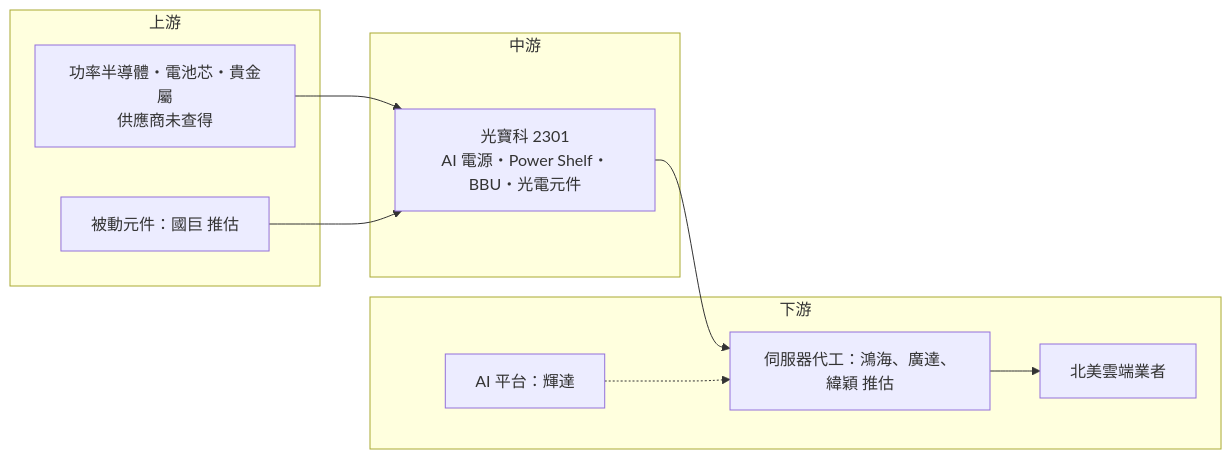
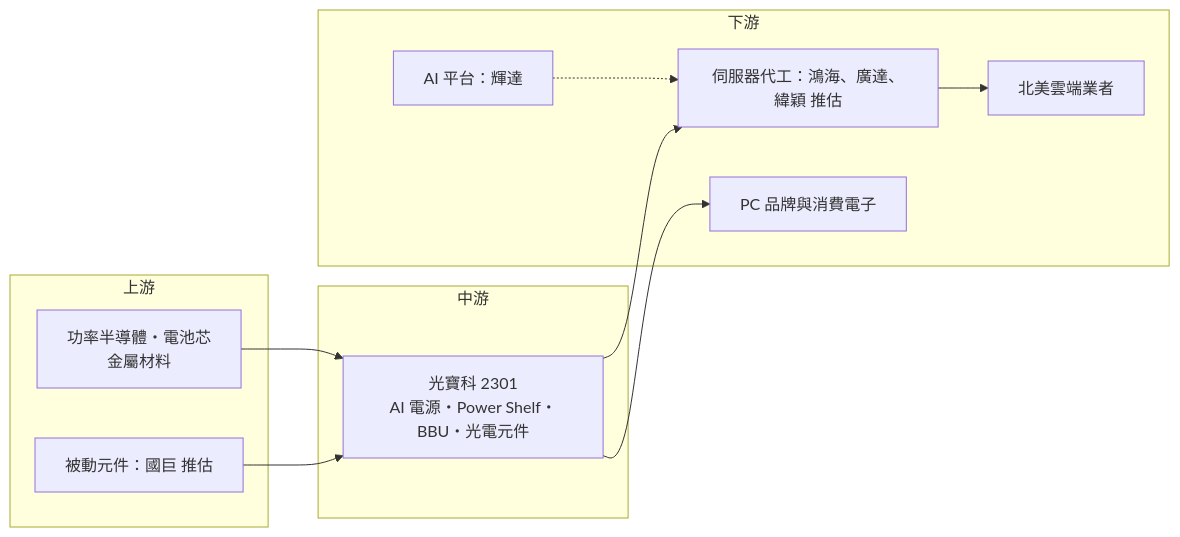
Before and after one commit to wangnick1004/taiwan-stock-vault: the fourth of 4 diagrams in 個股/台股/2301光寶科.md, drawn with Mermaid. The commit also changed other lines of this file and 5 other files, not shown here.

````diff
--- a/個股/台股/2301光寶科.md
+++ b/個股/台股/2301光寶科.md
@@ -208,20 +215,22 @@
 ```mermaid
 flowchart LR
     subgraph 上游
-        A1[功率半導體・電池芯・貴金屬<br/>供應商未查得]
-        A2[被動元件：國巨 推估]
+        A1["功率半導體・電池芯<br/>金屬材料"]
+        A2["被動元件：國巨 推估"]
     end
     subgraph 中游
-        B[光寶科 2301<br/>AI 電源・Power Shelf・BBU・光電元件]
+        B["光寶科 2301<br/>AI 電源・Power Shelf・BBU・光電元件"]
     end
     subgraph 下游
-        C1[伺服器代工：鴻海、廣達、緯穎 推估]
-        C2[AI 平台：輝達]
+        C1["伺服器代工：鴻海、廣達、緯穎 推估"]
+        C2["AI 平台：輝達"]
         C3[北美雲端業者]
+        C4["PC 品牌與消費電子"]
     end
     A1 --> B
     A2 --> B
     B --> C1
     C2 -.-> C1
     C1 --> C3
+    B --> C4
 ```
````
